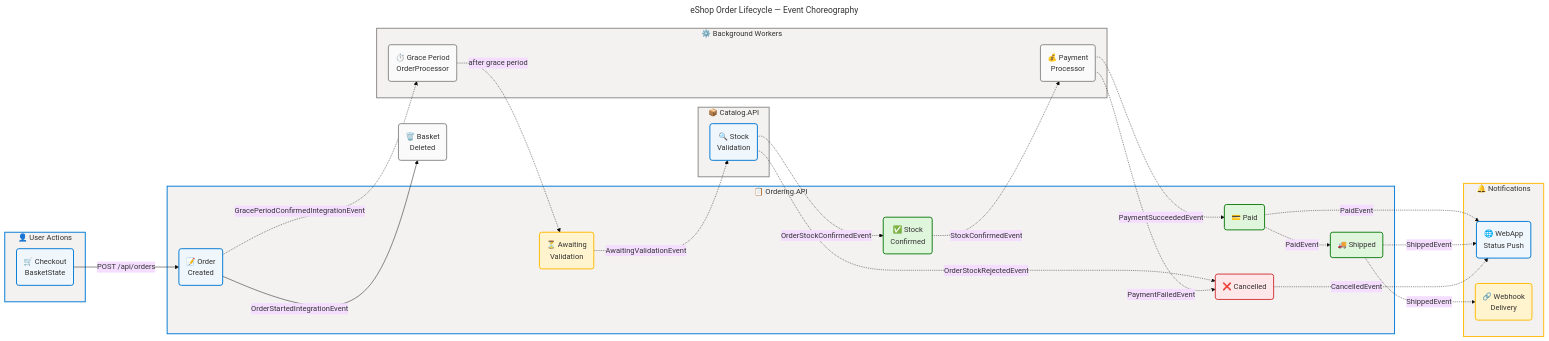
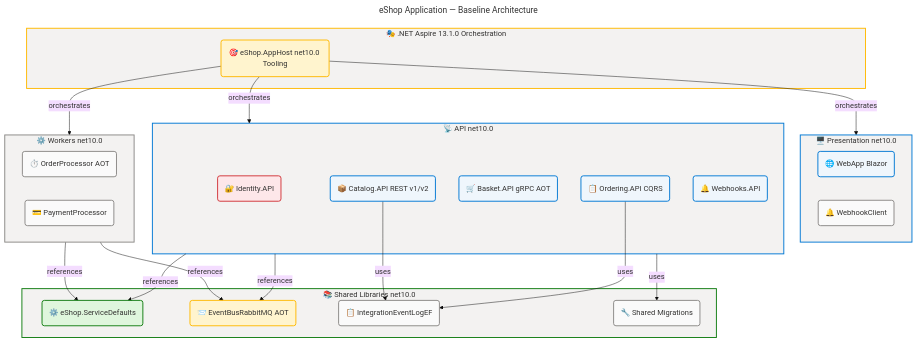
The fifth of 7 diagrams in docs/architecture/application-architecture.md (Evilazaro/eShop), drawn with Mermaid before and after one commit. The commit also changed other lines of this file, not shown here.

Commit message:
Implement feature X to enhance user experience and fix bug Y in module Z

````diff
--- a/docs/architecture/application-architecture.md
+++ b/docs/architecture/application-architecture.md
@@ -1221,6 +710,6 @@
 ```mermaid
 ---
-title: eShop Order Lifecycle — Event Choreography
+title: eShop Application — Baseline Architecture
 config:
   theme: base
   look: classic
@@ -1230,75 +719,62 @@
   flowchart:
     htmlLabels: true
 ---
-flowchart LR
-    accTitle: eShop Order Lifecycle Event Choreography
-    accDescr: Shows the complete order state machine driven by integration events across all services
+flowchart TB
+    accTitle: eShop Application Baseline Architecture
+    accDescr: Documents current-state deployment topology with runtime targets and shared library relationships
 
-    %% ═══════════════════════════════════════════════════════════════════════════
     %% AZURE / FLUENT ARCHITECTURE PATTERN v2.0
-    %% (Semantic + Structural + Font + Accessibility Governance)
-    %% ═══════════════════════════════════════════════════════════════════════════
-    %% PHASE 1 - FLUENT UI: All styling uses approved Fluent UI palette only
-    %% PHASE 2 - GROUPS: Every subgraph has semantic color via style directive
-    %% PHASE 3 - COMPONENTS: Every node has semantic classDef + icon prefix
-    %% PHASE 4 - ACCESSIBILITY: accTitle/accDescr present, WCAG AA contrast
-    %% PHASE 5 - STANDARD: Governance block present, classDefs centralized
-    %% ═══════════════════════════════════════════════════════════════════════════
+    %% PHASE 1-5 governance applied
 
-    subgraph userZone["👤 User Actions"]
-        checkout("🛒 Checkout\nBasketState"):::core
+    subgraph aspireOrch["🎭 .NET Aspire 13.1.0 Orchestration"]
+        appHost("🎯 eShop.AppHost net10.0 Tooling"):::warning
     end
 
-    subgraph orderZone["📋 Ordering.API"]
-        orderCreated("📝 Order\nCreated"):::core
-        awaitValidation("⏳ Awaiting\nValidation"):::warning
-        stockConfirmed("✅ Stock\nConfirmed"):::success
-        paid("💳 Paid"):::success
-        shipped("🚚 Shipped"):::success
-        cancelled("❌ Cancelled"):::danger
+    subgraph presentations["🖥️ Presentation net10.0"]
+        webapp4("🌐 WebApp Blazor"):::core
+        webhookClient4("🔔 WebhookClient"):::neutral
     end
 
-    subgraph processorZone["⚙️ Background Workers"]
-        gracePeriod("⏱️ Grace Period\nOrderProcessor"):::neutral
-        payment("💰 Payment\nProcessor"):::neutral
+    subgraph apiContainers["📡 API net10.0"]
+        identityApi4("🔐 Identity.API"):::danger
+        catalogApi4("📦 Catalog.API REST v1/v2"):::core
+        basketApi4("🛒 Basket.API gRPC AOT"):::core
+        orderingApi4("📋 Ordering.API CQRS"):::core
+        webhooksApi4("🔔 Webhooks.API"):::core
     end
 
-    subgraph catalogZone["📦 Catalog.API"]
-        stockCheck("🔍 Stock\nValidation"):::core
+    subgraph workerContainers["⚙️ Workers net10.0"]
+        orderProc4("⏱️ OrderProcessor AOT"):::neutral
+        paymentProc4("💳 PaymentProcessor"):::neutral
     end
 
-    subgraph notifyZone["🔔 Notifications"]
-        webAppNotif("🌐 WebApp\nStatus Push"):::core
-        webhookDelivery("🔗 Webhook\nDelivery"):::warning
+    subgraph sharedLibs4["📚 Shared Libraries net10.0"]
+        svcDefaults4("⚙️ eShop.ServiceDefaults"):::success
+        evtBus4("📨 EventBusRabbitMQ AOT"):::warning
+        evtLog4("📋 IntegrationEventLogEF"):::neutral
+        sharedLib4("🔧 Shared Migrations"):::neutral
     end
 
-    checkout -->|"POST /api/orders"| orderCreated
-    orderCreated -->|"OrderStartedIntegrationEvent"| basketDelete("🗑️ Basket\nDeleted"):::neutral
-    orderCreated -.->|"GracePeriodConfirmedIntegrationEvent"| gracePeriod
-    gracePeriod -.->|"after grace period"| awaitValidation
-    awaitValidation -.->|"AwaitingValidationEvent"| stockCheck
-    stockCheck -.->|"OrderStockConfirmedEvent"| stockConfirmed
-    stockCheck -.->|"OrderStockRejectedEvent"| cancelled
-    stockConfirmed -.->|"StockConfirmedEvent"| payment
-    payment -.->|"PaymentSucceededEvent"| paid
-    payment -.->|"PaymentFailedEvent"| cancelled
-    paid -.->|"PaidEvent"| shipped
-    shipped -.->|"ShippedEvent"| webhookDelivery
-    paid -.->|"PaidEvent"| webAppNotif
-    shipped -.->|"ShippedEvent"| webAppNotif
-    cancelled -.->|"CancelledEvent"| webAppNotif
+    appHost -->|orchestrates| presentations
+    appHost -->|orchestrates| apiContainers
+    appHost -->|orchestrates| workerContainers
+    apiContainers -->|references| svcDefaults4
+    workerContainers -->|references| svcDefaults4
+    apiContainers -->|references| evtBus4
+    workerContainers -->|references| evtBus4
+    orderingApi4 -->|uses| evtLog4
+    catalogApi4 -->|uses| evtLog4
+    apiContainers -->|uses| sharedLib4
 
-    %% Centralized classDefs
     classDef neutral fill:#FAFAFA,stroke:#8A8886,stroke-width:2px,color:#323130
     classDef core fill:#EFF6FC,stroke:#0078D4,stroke-width:2px,color:#323130
     classDef success fill:#DFF6DD,stroke:#107C10,stroke-width:2px,color:#323130
     classDef warning fill:#FFF4CE,stroke:#FFB900,stroke-width:2px,color:#323130
     classDef danger fill:#FDE7E9,stroke:#D13438,stroke-width:2px,color:#323130
 
-    %% Subgraph style directives
-    style userZone fill:#F3F2F1,stroke:#0078D4,stroke-width:2px,color:#323130
-    style orderZone fill:#F3F2F1,stroke:#0078D4,stroke-width:2px,color:#323130
-    style processorZone fill:#F3F2F1,stroke:#8A8886,stroke-width:2px,color:#323130
-    style catalogZone fill:#F3F2F1,stroke:#8A8886,stroke-width:2px,color:#323130
-    style notifyZone fill:#F3F2F1,stroke:#FFB900,stroke-width:2px,color:#323130
+    style aspireOrch fill:#F3F2F1,stroke:#FFB900,stroke-width:2px,color:#323130
+    style presentations fill:#F3F2F1,stroke:#0078D4,stroke-width:2px,color:#323130
+    style apiContainers fill:#F3F2F1,stroke:#0078D4,stroke-width:2px,color:#323130
+    style workerContainers fill:#F3F2F1,stroke:#8A8886,stroke-width:2px,color:#323130
+    style sharedLibs4 fill:#F3F2F1,stroke:#107C10,stroke-width:2px,color:#323130
 ```
````
